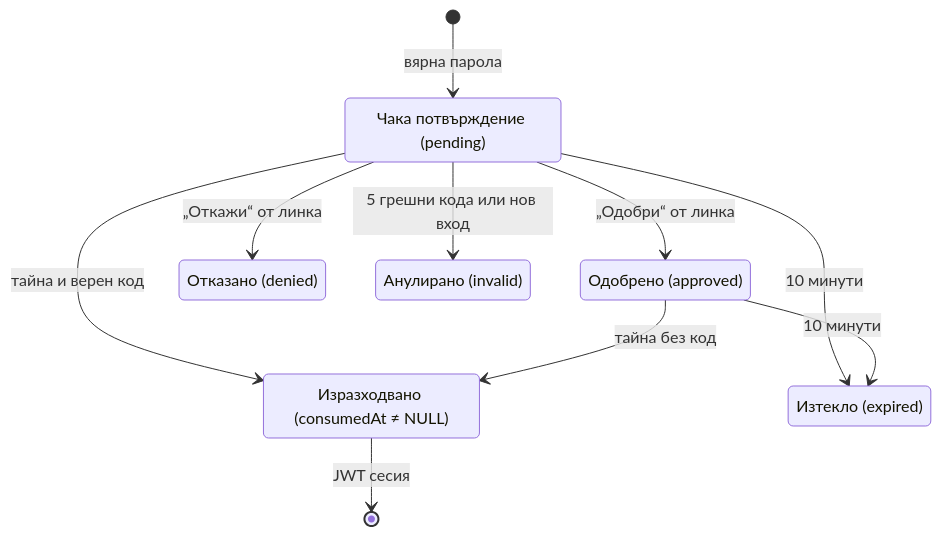
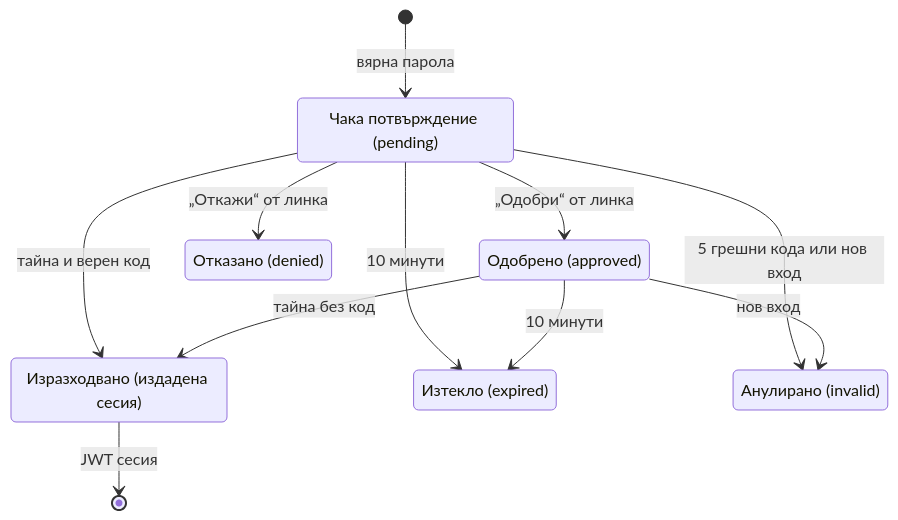
One commit to tuncheva/KAIROS changed diagram 15 of 19 in docs/diploma/diagrams/GALLERY.md. Above: the diagram before and after it, drawn with Mermaid. The commit also changed other lines of this file and 68 other files, not shown here.

First line of the commit message:
fix(thesis): replace Word-drawn figures; apply approved diagram changes

````diff
--- a/docs/diploma/diagrams/GALLERY.md
+++ b/docs/diploma/diagrams/GALLERY.md
@@ -422,20 +438,21 @@
 ```mermaid
 %% Фигура 15 – Състояния на предизвикателството за двуфакторен вход
 stateDiagram-v2
   direction TB
   [*] --> pending: вярна парола
   pending --> approved: „Одобри“ от линка
   pending --> consumed: тайна и верен код
   approved --> consumed: тайна без код
   pending --> denied: „Откажи“ от линка
   pending --> expired: 10 минути
   approved --> expired: 10 минути
   pending --> invalid: 5 грешни кода или нов вход
+  approved --> invalid: нов вход
   consumed --> [*]: JWT сесия
   state "Чака потвърждение (pending)" as pending
   state "Одобрено (approved)" as approved
-  state "Изразходвано (consumedAt ≠ NULL)" as consumed
+  state "Изразходвано (издадена сесия)" as consumed
   state "Отказано (denied)" as denied
   state "Изтекло (expired)" as expired
   state "Анулирано (invalid)" as invalid
 ```
````
